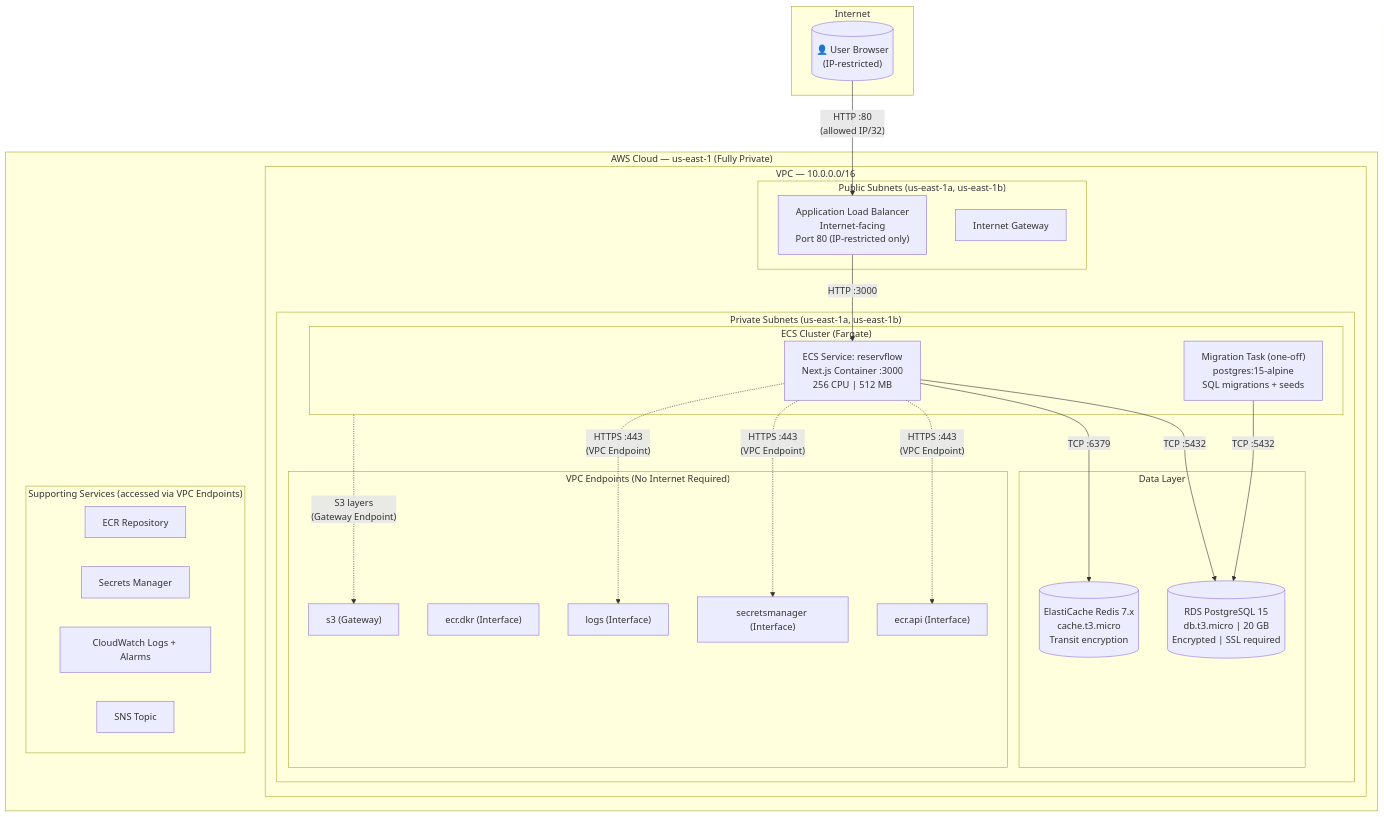
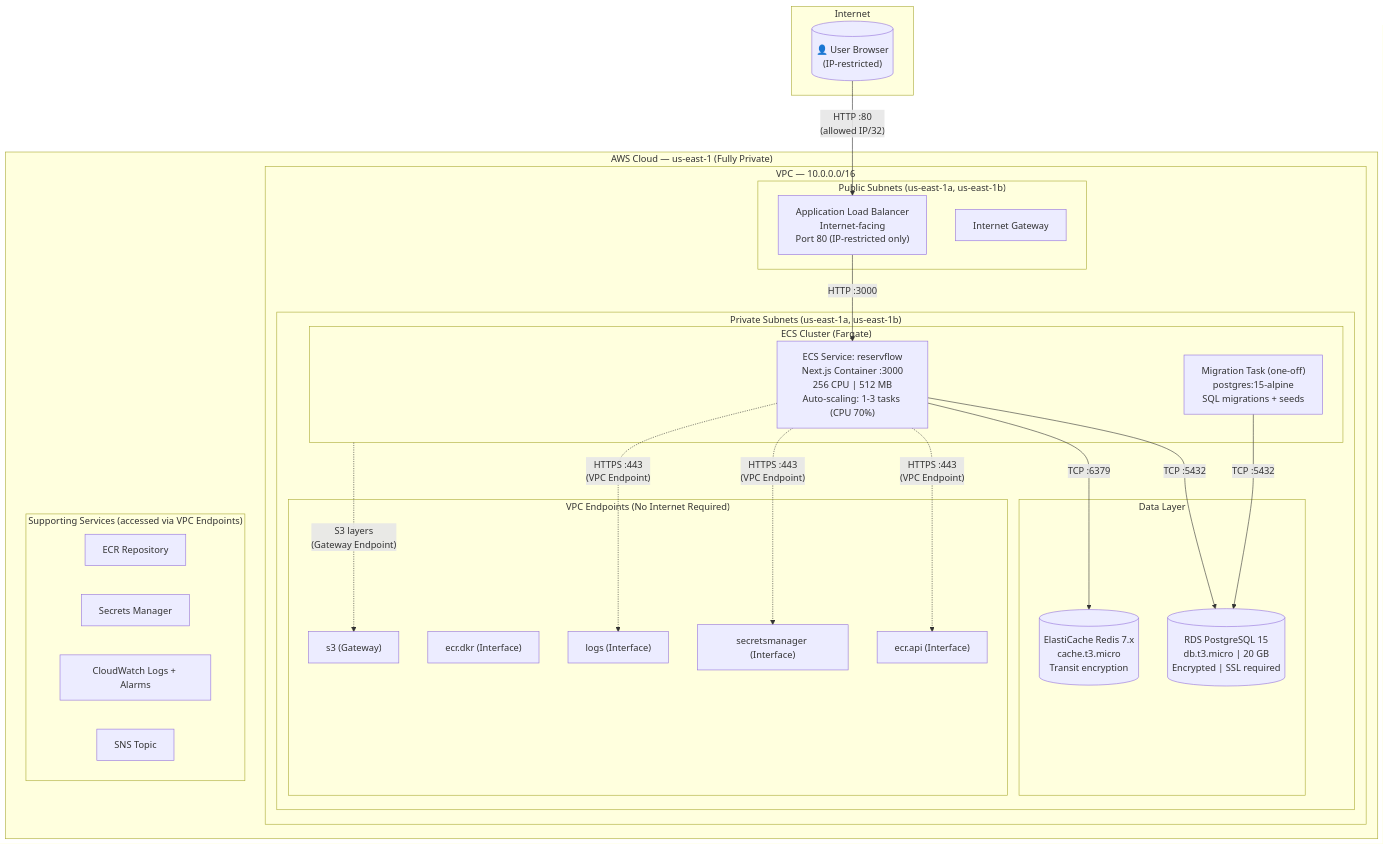
The first of 2 diagrams in docs/ecs-fargate-architecture.md (Danieltlacuache/Hotel_Reservation_Proyect), drawn with Mermaid before and after one commit. The commit also changed other lines of this file and 2 other files, not shown here.

````diff
--- a/docs/ecs-fargate-architecture.md
+++ b/docs/ecs-fargate-architecture.md
@@ -13,56 +13,56 @@
 ```mermaid
 graph TB
     subgraph Internet
         User[("👤 User Browser<br/>(IP-restricted)")]
     end
 
     subgraph AWS["AWS Cloud — us-east-1 (Fully Private)"]
 
         subgraph VPC["VPC — 10.0.0.0/16"]
 
             subgraph PublicSubnets["Public Subnets (us-east-1a, us-east-1b)"]
                 ALB["Application Load Balancer<br/>Internet-facing<br/>Port 80 (IP-restricted only)"]
                 IGW["Internet Gateway"]
             end
 
             subgraph PrivateSubnets["Private Subnets (us-east-1a, us-east-1b)"]
 
                 subgraph ECSCluster["ECS Cluster (Fargate)"]
-                    AppService["ECS Service: reservflow<br/>Next.js Container :3000<br/>256 CPU | 512 MB"]
+                    AppService["ECS Service: reservflow<br/>Next.js Container :3000<br/>256 CPU | 512 MB<br/>Auto-scaling: 1-3 tasks (CPU 70%)"]
                     MigrationTask["Migration Task (one-off)<br/>postgres:15-alpine<br/>SQL migrations + seeds"]
                 end
 
                 subgraph DataLayer["Data Layer"]
                     RDS[("RDS PostgreSQL 15<br/>db.t3.micro | 20 GB<br/>Encrypted | SSL required")]
                     Redis[("ElastiCache Redis 7.x<br/>cache.t3.micro<br/>Transit encryption")]
                 end
 
                 subgraph VPCEndpoints["VPC Endpoints (No Internet Required)"]
                     ECRA["ecr.api (Interface)"]
                     ECRD["ecr.dkr (Interface)"]
                     S3GW["s3 (Gateway)"]
                     SME["secretsmanager (Interface)"]
                     CWL["logs (Interface)"]
                 end
             end
         end
 
         subgraph Supporting["Supporting Services (accessed via VPC Endpoints)"]
             ECR["ECR Repository"]
             SM["Secrets Manager"]
             CW["CloudWatch Logs + Alarms"]
             SNS["SNS Topic"]
         end
     end
 
     User -->|"HTTP :80<br/>(allowed IP/32)"| ALB
     ALB -->|HTTP :3000| AppService
     AppService -->|TCP :5432| RDS
     AppService -->|TCP :6379| Redis
     MigrationTask -->|TCP :5432| RDS
 
     AppService -.->|"HTTPS :443<br/>(VPC Endpoint)"| ECRA
     AppService -.->|"HTTPS :443<br/>(VPC Endpoint)"| SME
     AppService -.->|"HTTPS :443<br/>(VPC Endpoint)"| CWL
     ECSCluster -.->|"S3 layers<br/>(Gateway Endpoint)"| S3GW
 ```
````
